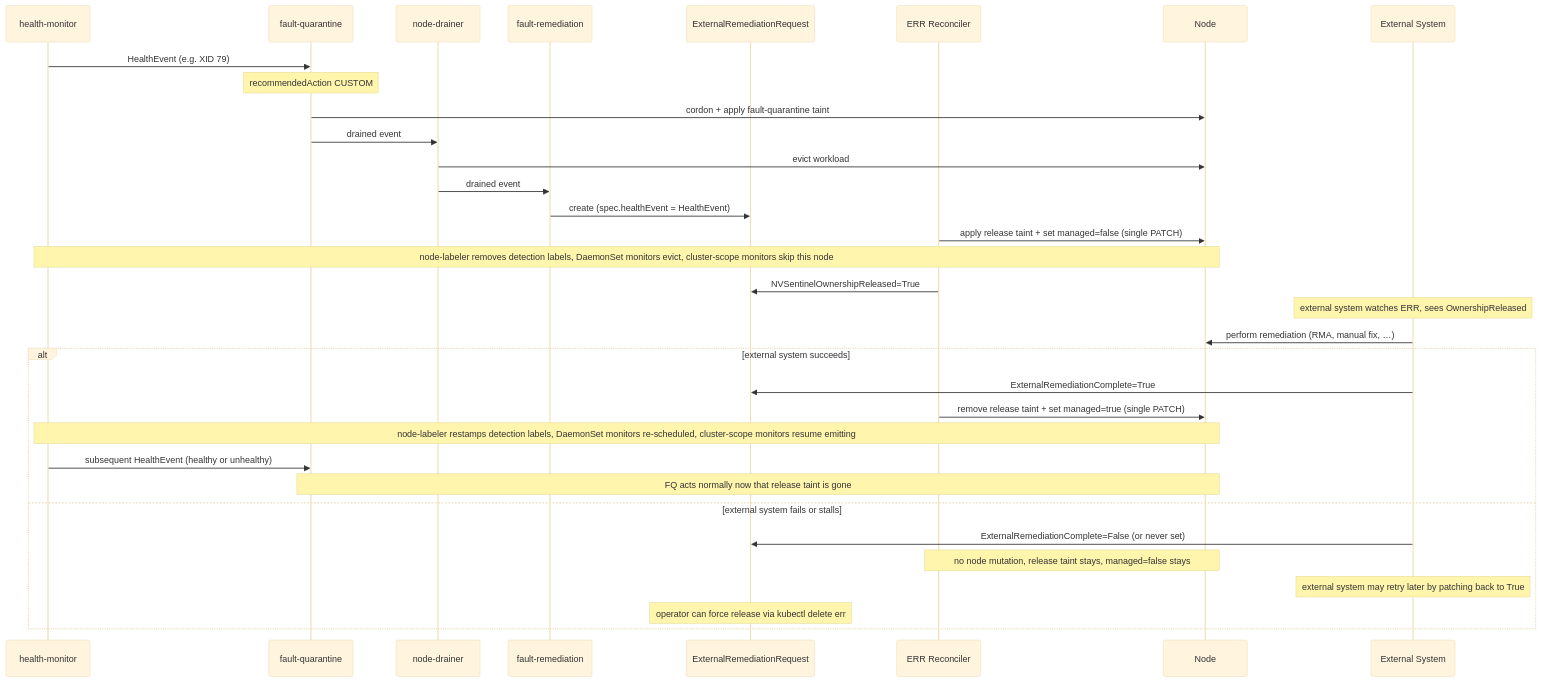
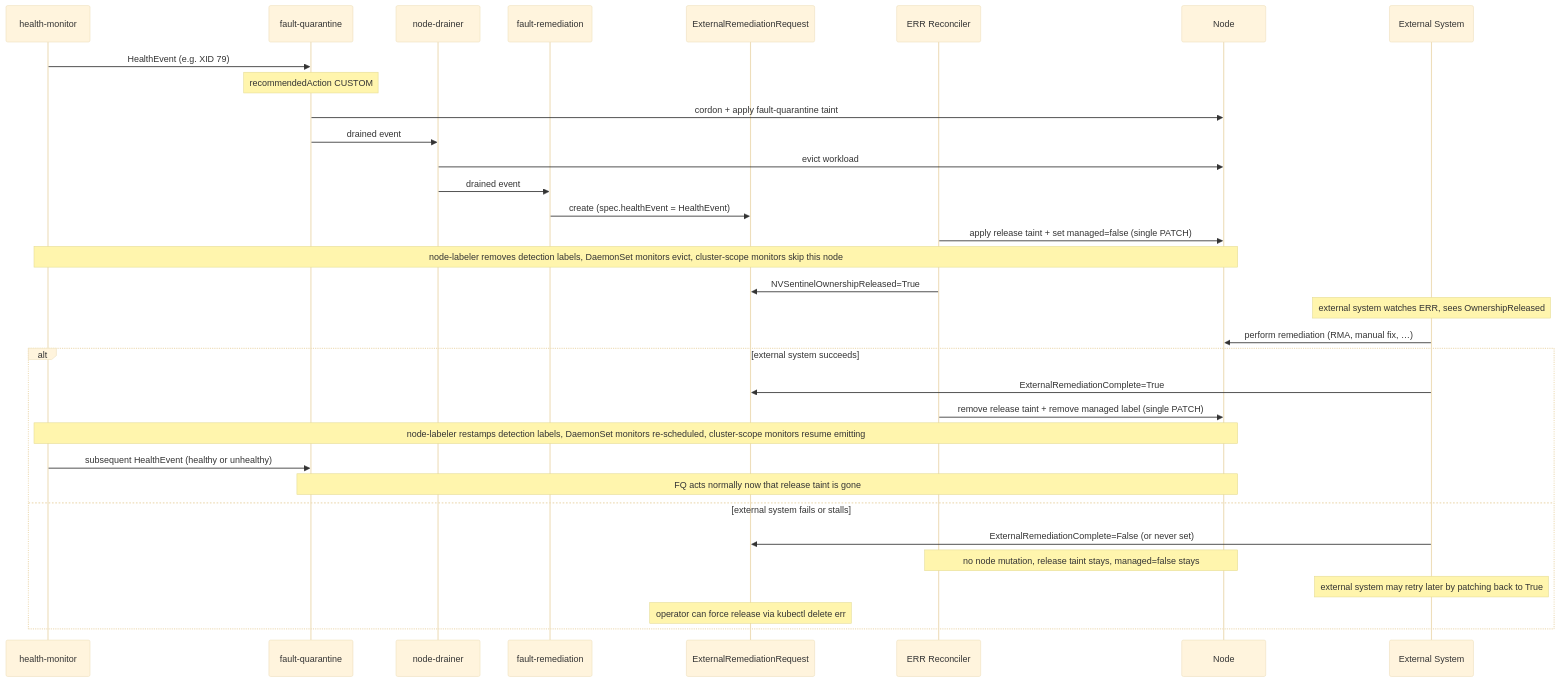
One commit to NVIDIA/NVSentinel changed the diagram in docs/designs/040-external-remediation-request.md. Above: the diagram before and after it, drawn with Mermaid (base theme). The commit also changed other lines of this file, not shown here.

````diff
--- a/docs/designs/040-external-remediation-request.md
+++ b/docs/designs/040-external-remediation-request.md
@@ -375,36 +363,36 @@
 ```mermaid
 sequenceDiagram
     participant HM as health-monitor
     participant FQ as fault-quarantine
     participant ND as node-drainer
     participant FR as fault-remediation
     participant ERR as ExternalRemediationRequest
     participant RC as ERR Reconciler
     participant N as Node
     participant EXT as External System
 
     HM->>FQ: HealthEvent (e.g. XID 79)
     Note over FQ: recommendedAction CUSTOM
     FQ->>N: cordon + apply fault-quarantine taint
     FQ->>ND: drained event
     ND->>N: evict workload
     ND->>FR: drained event
     FR->>ERR: create (spec.healthEvent = HealthEvent)
     RC->>N: apply release taint + set managed=false (single PATCH)
     Note over HM,N: node-labeler removes detection labels, DaemonSet monitors evict, cluster-scope monitors skip this node
     RC->>ERR: NVSentinelOwnershipReleased=True
     Note over EXT: external system watches ERR, sees OwnershipReleased
     EXT->>N: perform remediation (RMA, manual fix, …)
     alt external system succeeds
         EXT->>ERR: ExternalRemediationComplete=True
-        RC->>N: remove release taint + set managed=true (single PATCH)
+        RC->>N: remove release taint + remove managed label (single PATCH)
         Note over HM,N: node-labeler restamps detection labels, DaemonSet monitors re-scheduled, cluster-scope monitors resume emitting
         HM->>FQ: subsequent HealthEvent (healthy or unhealthy)
         Note over FQ,N: FQ acts normally now that release taint is gone
     else external system fails or stalls
         EXT->>ERR: ExternalRemediationComplete=False (or never set)
         Note over RC,N: no node mutation, release taint stays, managed=false stays
         Note over EXT: external system may retry later by patching back to True
         Note over ERR: operator can force release via kubectl delete err
     end
 ```
````
